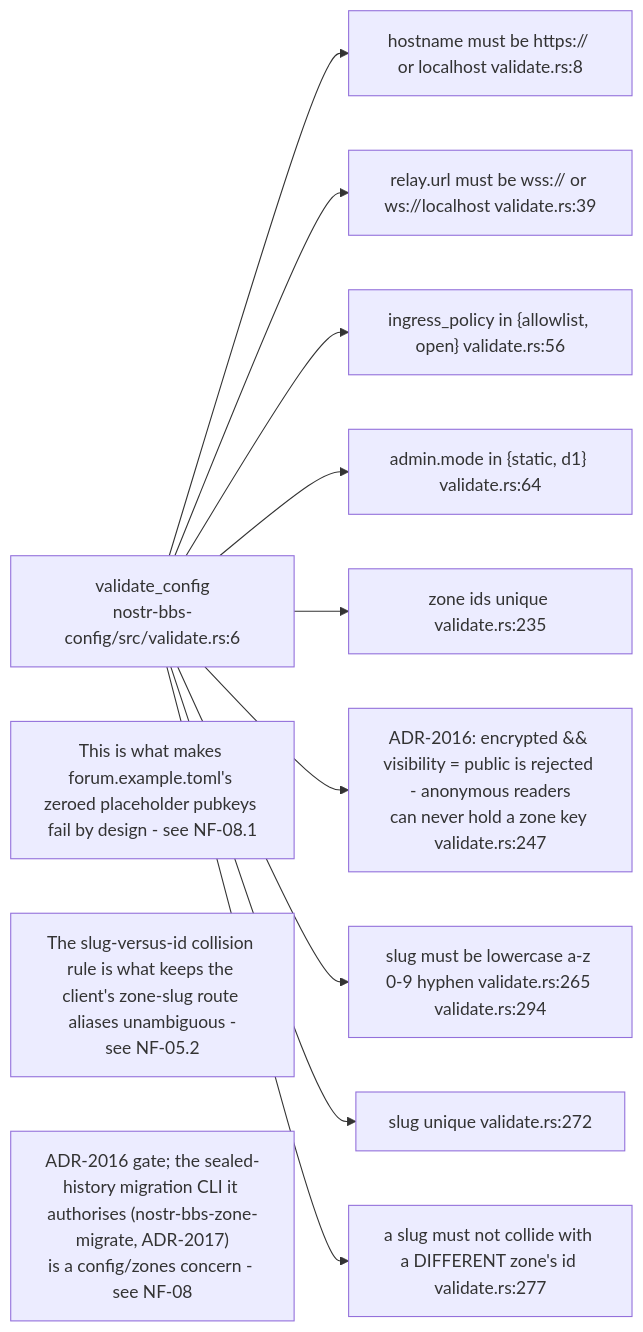
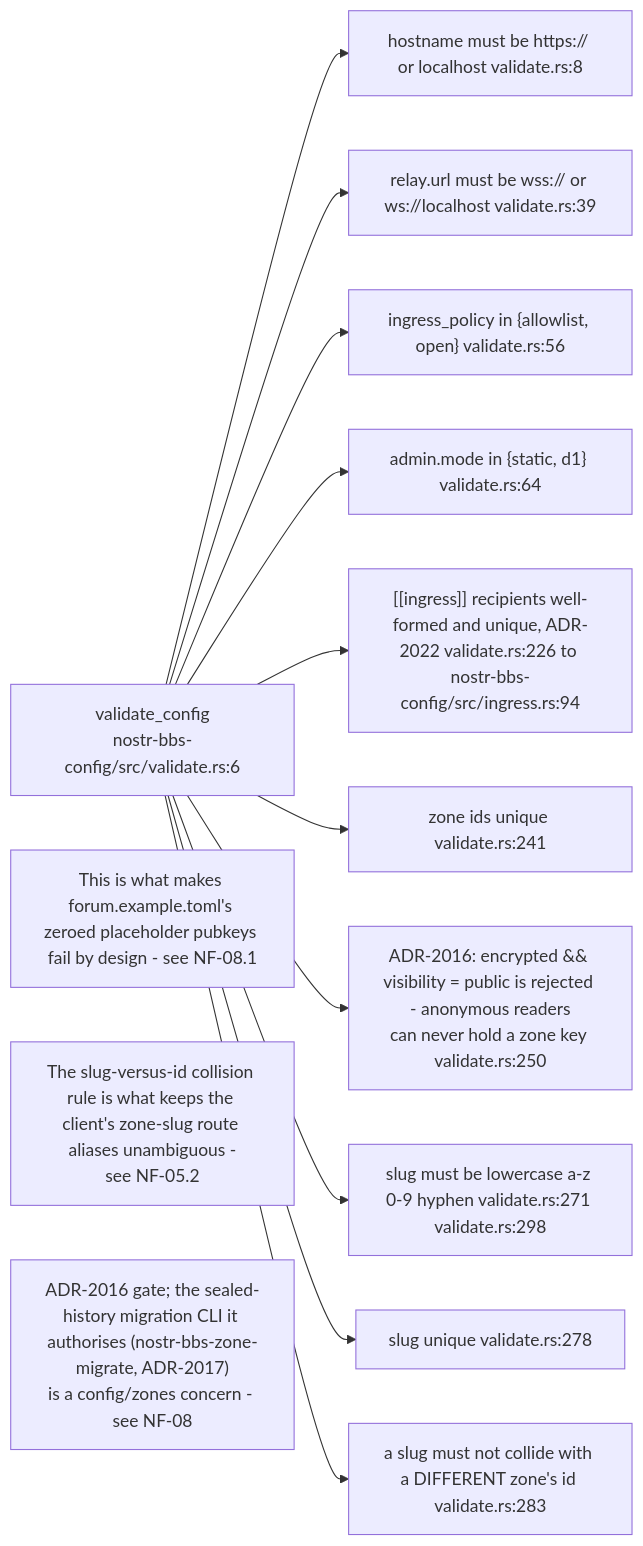
The fourth of 9 diagrams in docs/diagrams/nostr-rust-forum/09-ci-deploy-canary-and-validation.md (DreamLab-AI/VisionFlow), drawn with Mermaid before and after one commit. The commit also changed other lines of this file and 160 other files, not shown here.

````diff
--- a/docs/diagrams/nostr-rust-forum/09-ci-deploy-canary-and-validation.md
+++ b/docs/diagrams/nostr-rust-forum/09-ci-deploy-canary-and-validation.md
@@ -104,19 +115,20 @@
 ```mermaid
 flowchart LR
     V["validate_config<br/>nostr-bbs-config/src/validate.rs:6"]
     H["hostname must be https:// or localhost validate.rs:8"]
     R["relay.url must be wss:// or ws://localhost validate.rs:39"]
     I["ingress_policy in {allowlist, open} validate.rs:56"]
     A["admin.mode in {static, d1} validate.rs:64"]
-    Z1["zone ids unique validate.rs:235"]
-    ENC["ADR-2016: encrypted && visibility = public is rejected - anonymous readers<br/>can never hold a zone key validate.rs:247"]
-    Z2["slug must be lowercase a-z 0-9 hyphen validate.rs:265 validate.rs:294"]
-    Z3["slug unique validate.rs:272"]
-    Z4["a slug must not collide with a DIFFERENT zone's id validate.rs:277"]
+    ING["[[ingress]] recipients well-formed and unique, ADR-2022 validate.rs:226 to nostr-bbs-config/src/ingress.rs:94"]
+    Z1["zone ids unique validate.rs:241"]
+    ENC["ADR-2016: encrypted && visibility = public is rejected - anonymous readers<br/>can never hold a zone key validate.rs:250"]
+    Z2["slug must be lowercase a-z 0-9 hyphen validate.rs:271 validate.rs:298"]
+    Z3["slug unique validate.rs:278"]
+    Z4["a slug must not collide with a DIFFERENT zone's id validate.rs:283"]
 
-    V --> H & R & I & A & Z1 & ENC & Z2 & Z3 & Z4
+    V --> H & R & I & A & ING & Z1 & ENC & Z2 & Z3 & Z4
 
     N1["This is what makes forum.example.toml's zeroed placeholder pubkeys fail by design - see NF-08.1"]
     N2["The slug-versus-id collision rule is what keeps the client's zone-slug route aliases unambiguous -<br/>see NF-05.2"]
     N3["ADR-2016 gate; the sealed-history migration CLI it authorises (nostr-bbs-zone-migrate, ADR-2017)<br/>is a config/zones concern - see NF-08"]
 ```
````
